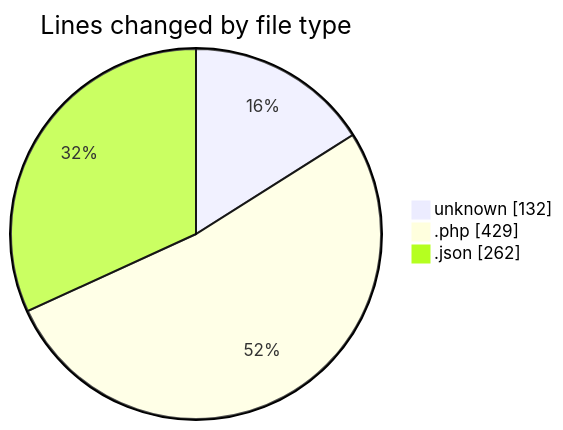
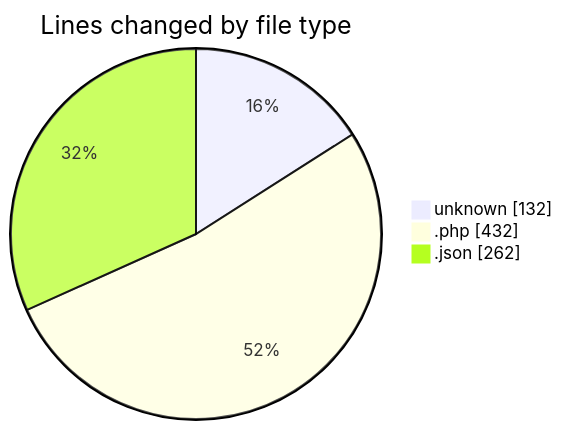
One commit to idhammustaqopulfikri/code-tracking changed the first of 2 diagrams in 2025-11-13/futsal-recommender/README.md. Above: the diagram before and after it, drawn with Mermaid. The commit also changed other lines of this file and 1 other file, not shown here.

````diff
--- a/2025-11-13/futsal-recommender/README.md
+++ b/2025-11-13/futsal-recommender/README.md
@@ -28,7 +28,7 @@
 ```mermaid
 pie showData
 title Lines changed by file type
 "unknown" : 132
-".php" : 429
+".php" : 432
 ".json" : 262
 ```
````
